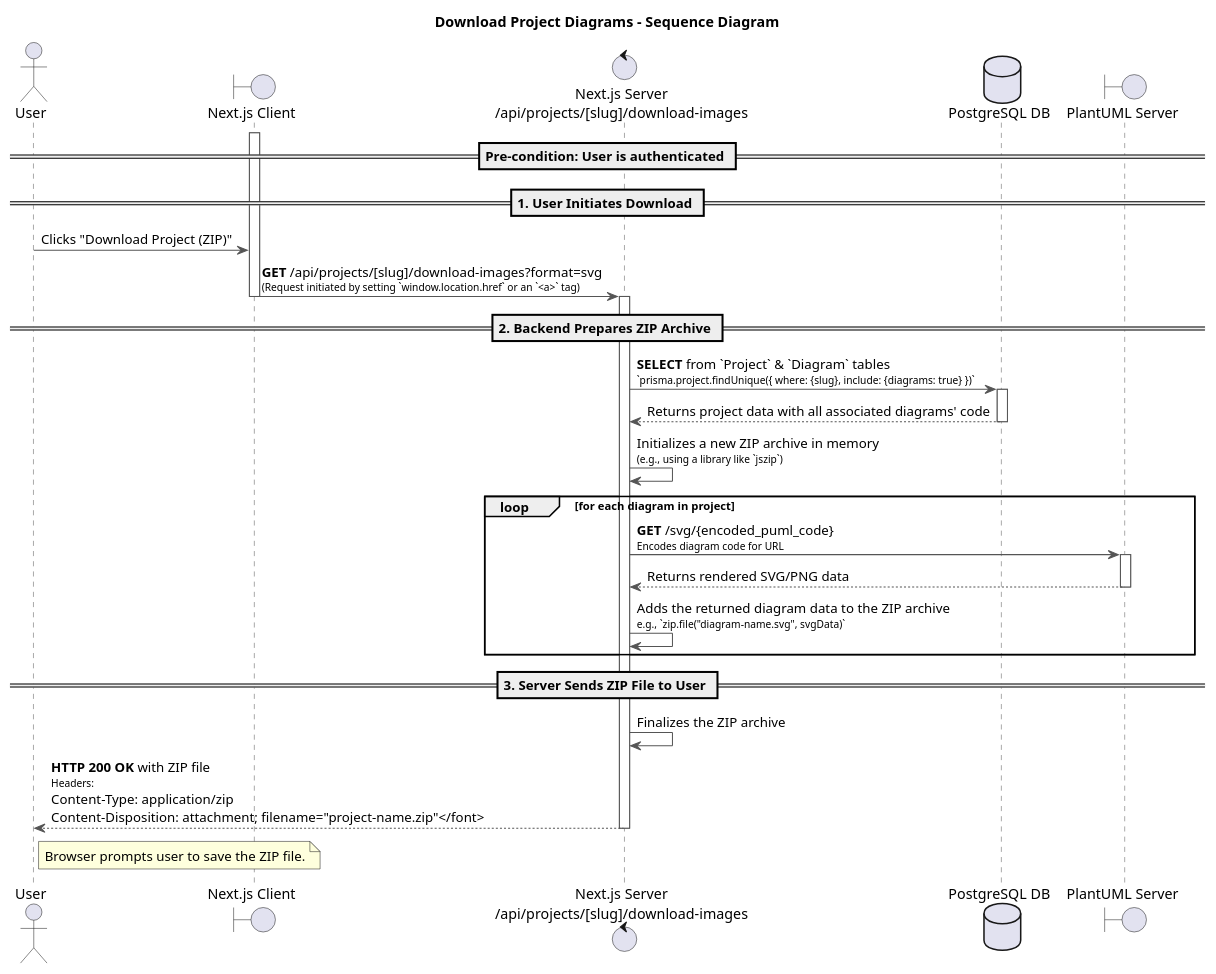
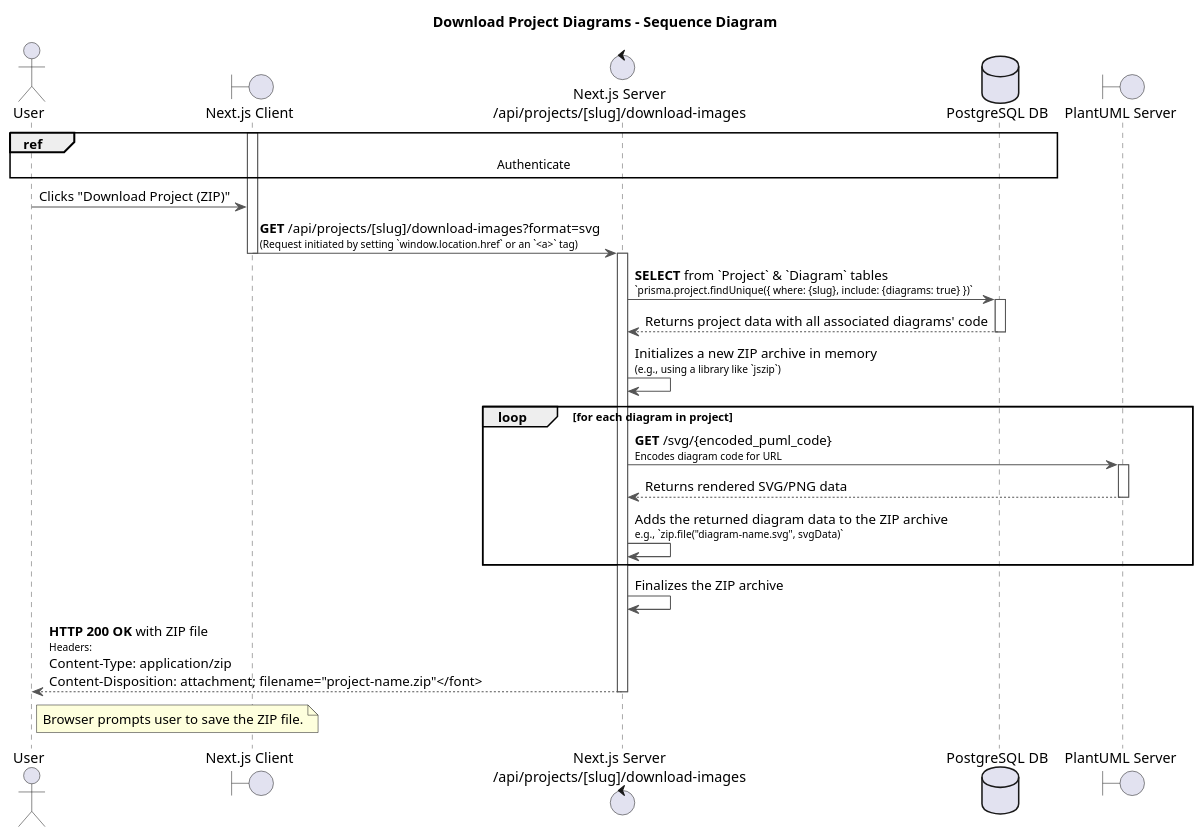
Before and after one commit to souhaib-askri/report_pfe: the diagram in conception/SprintIII/sequence_diagrams/sequence_projectManagement_3_5_DownloadProjectDiagramsAsZip.puml, drawn with PlantUML. The commit also changed 62 other files, not shown here.

```diff
--- a/conception/SprintIII/sequence_diagrams/sequence_projectManagement_3_5_DownloadProjectDiagramsAsZip.puml
+++ b/conception/SprintIII/sequence_diagrams/sequence_projectManagement_3_5_DownloadProjectDiagramsAsZip.puml
@@ -1,52 +1,49 @@
 @startuml
 title Download Project Diagrams - Sequence Diagram
 
 actor User
 boundary "Next.js Client" as Client
 control "Next.js Server\n/api/projects/[slug]/download-images" as Server
 database "PostgreSQL DB" as DB
 boundary "PlantUML Server" as PlantUML
 
 skinparam sequence {
     ArrowColor #555
     ActorBorderColor #555
     LifeLineBorderColor #555
     ParticipantBorderColor #007bff
     DatabaseBorderColor #d9534f
     ControlBorderColor #5cb85c
     BoundaryBorderColor #f0ad4e
 }
 
-== Pre-condition: User is authenticated ==
 
-== 1. User Initiates Download ==
 activate Client
+ref over User, DB: Authenticate
 User -> Client: Clicks "Download Project (ZIP)"
 Client -> Server: **GET** /api/projects/[slug]/download-images?format=svg\n<font size=10>(Request initiated by setting `window.location.href` or an `<a>` tag)</font>
 deactivate Client
 activate Server
 
-== 2. Backend Prepares ZIP Archive ==
 Server -> DB: **SELECT** from `Project` & `Diagram` tables\n<font size=10>`prisma.project.findUnique({ where: {slug}, include: {diagrams: true} })`</font>
 activate DB
 DB --> Server: Returns project data with all associated diagrams' code
 deactivate DB
 
 Server -> Server: Initializes a new ZIP archive in memory\n<font size=10>(e.g., using a library like `jszip`)</font>
 
 loop for each diagram in project
     Server -> PlantUML: **GET** /svg/{encoded_puml_code}\n<font size=10>Encodes diagram code for URL</font>
     activate PlantUML
     PlantUML --> Server: Returns rendered SVG/PNG data
     deactivate PlantUML
     Server -> Server: Adds the returned diagram data to the ZIP archive\n<font size=10>e.g., `zip.file("diagram-name.svg", svgData)`</font>
 end
 
-== 3. Server Sends ZIP File to User ==
 Server -> Server: Finalizes the ZIP archive
 Server --> User: **HTTP 200 OK** with ZIP file\n<font size=10>Headers:\nContent-Type: application/zip\nContent-Disposition: attachment; filename="project-name.zip"</font>
 deactivate Server
 
 note right of User: Browser prompts user to save the ZIP file.
 
 @enduml
```
